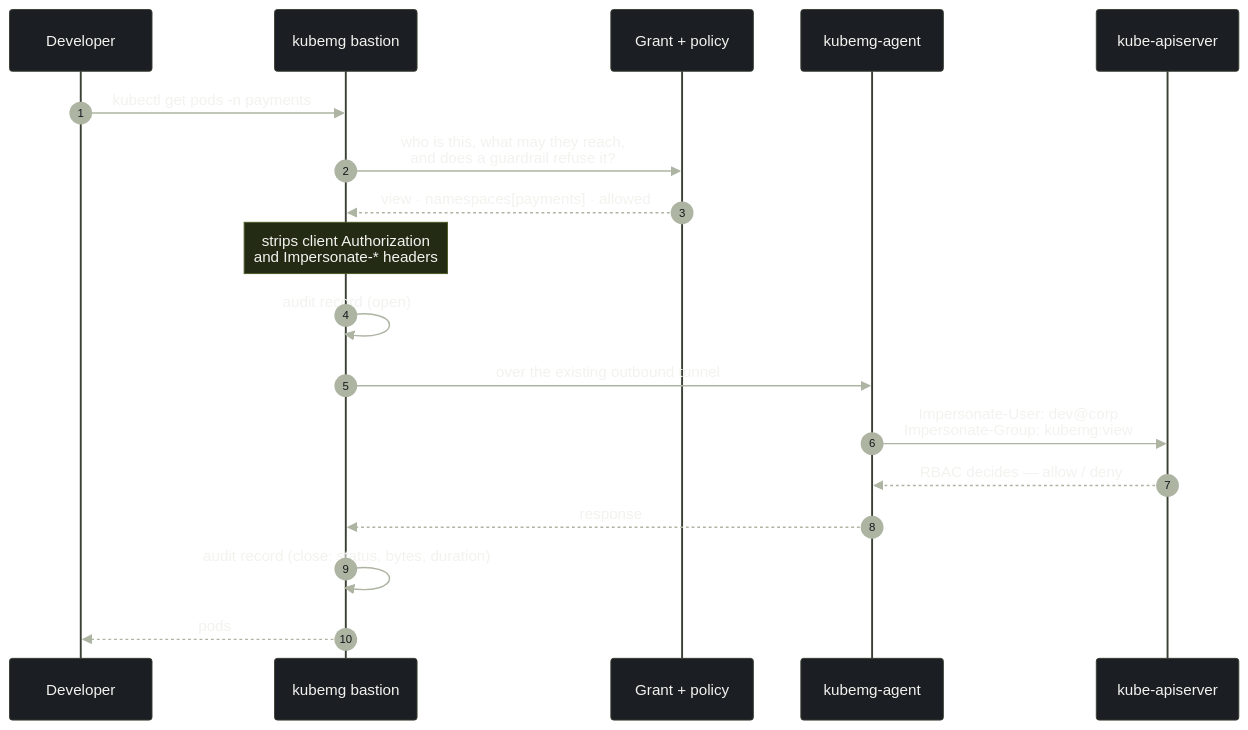
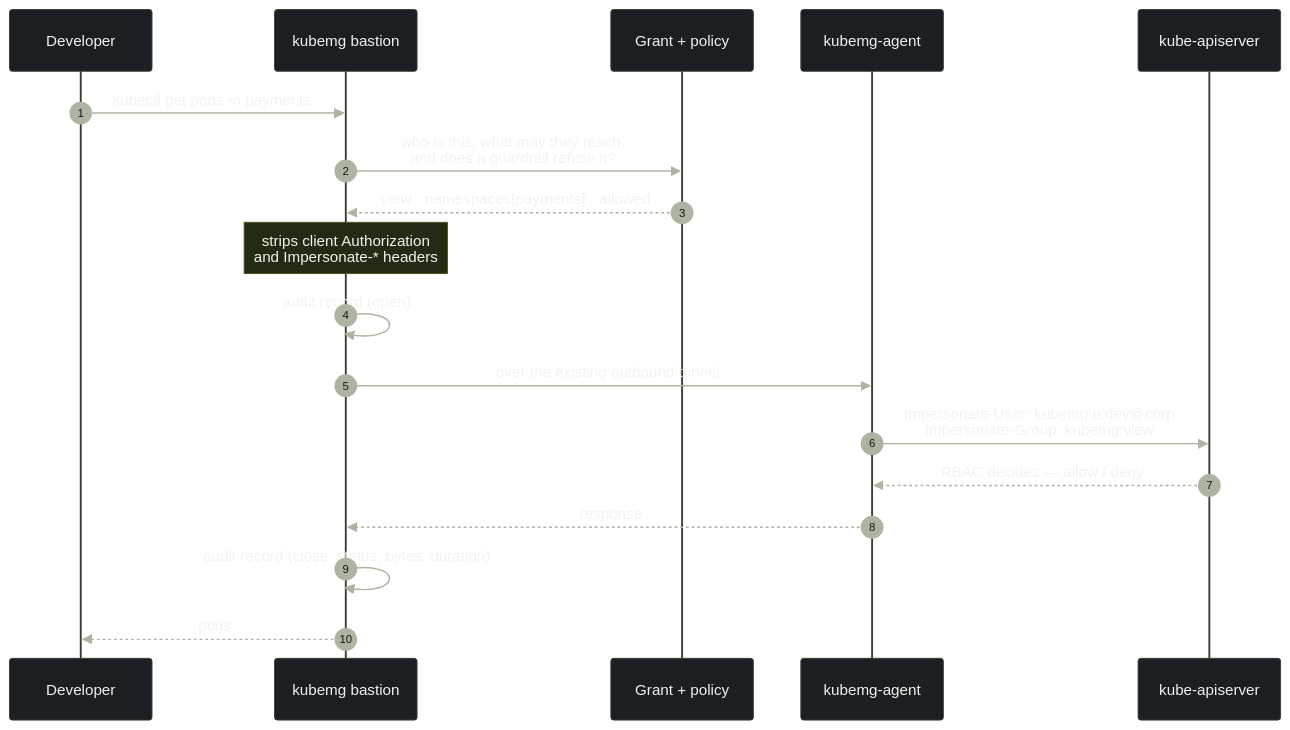
Before and after one commit to kubemg/kubemg: the second of 6 diagrams in README.md, drawn with Mermaid. The commit also changed 33 other files, not shown here.

First line of the commit message:
Impersonate every account as kubemg:u:<username>, so a username cannot become a cluster identity (#160)

````diff
--- a/README.md
+++ b/README.md
@@ -104,30 +104,30 @@
 ```mermaid
 %%{init: {'theme':'base','themeVariables':{
   'fontFamily':'-apple-system, BlinkMacSystemFont, Segoe UI, Helvetica, Arial, sans-serif','fontSize':'13px',
   'actorBkg':'#1B1E22','actorBorder':'#3A4033','actorTextColor':'#F2F3EF','actorLineColor':'#3A4033',
   'signalColor':'#ADB4A2','signalTextColor':'#F2F3EF',
   'noteBkgColor':'#242B14','noteBorderColor':'#4B5A22','noteTextColor':'#F2F3EF',
   'labelBoxBkgColor':'#1B1E22','labelBoxBorderColor':'#3A4033','labelTextColor':'#F2F3EF',
   'sequenceNumberColor':'#14161A','activationBkgColor':'#3A4033',
   'lineColor':'#8A9080','textColor':'#F2F3EF','primaryColor':'#BFF23C'
 }}}%%
 sequenceDiagram
     autonumber
     participant D as Developer
     participant B as kubemg bastion
     participant G as Grant + policy
     participant A as kubemg-agent
     participant K as kube-apiserver
 
     D->>B: kubectl get pods -n payments
     B->>G: who is this, what may they reach,<br/>and does a guardrail refuse it?
     G-->>B: view · namespaces[payments] · allowed
     Note over B: strips client Authorization<br/>and Impersonate-* headers
     B->>B: audit record (open)
     B->>A: over the existing outbound tunnel
-    A->>K: Impersonate-User: dev@corp<br/>Impersonate-Group: kubemg:view
+    A->>K: Impersonate-User: kubemg:u:dev@corp<br/>Impersonate-Group: kubemg:view
     K-->>A: RBAC decides — allow / deny
     A-->>B: response
     B->>B: audit record (close: status, bytes, duration)
     B-->>D: pods
 ```
````
